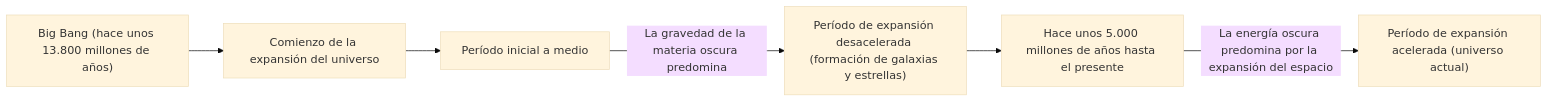
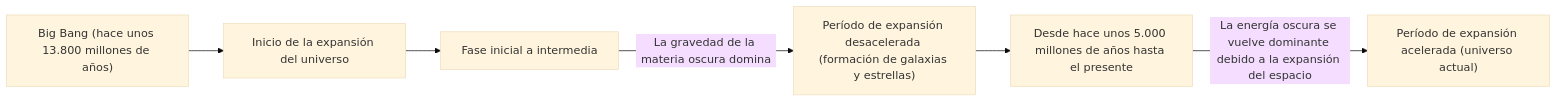
One commit to kenjinote/blog changed the second of 2 diagrams in content/post/dark-matter-dark-energy-mysteries/index.es.md. Above: the diagram before and after it, drawn with Mermaid (base theme). The commit also changed other lines of this file and 12 other files, not shown here.

````diff
--- a/content/post/dark-matter-dark-energy-mysteries/index.es.md
+++ b/content/post/dark-matter-dark-energy-mysteries/index.es.md
@@ -83,8 +89,8 @@
 ```mermaid
 graph LR
-    A["Big Bang (hace unos 13.800 millones de años)"] --> B["Comienzo de la expansión del universo"]
-    B --> C["Período inicial a medio"]
-    C -->|"La gravedad de la materia oscura predomina"| D["Período de expansión desacelerada (formación de galaxias y estrellas)"]
-    D --> E["Hace unos 5.000 millones de años hasta el presente"]
-    E -->|"La energía oscura predomina por la expansión del espacio"| F["Período de expansión acelerada (universo actual)"]
+    A["Big Bang (hace unos 13.800 millones de años)"] --> B["Inicio de la expansión del universo"]
+    B --> C["Fase inicial a intermedia"]
+    C -- "La gravedad de la materia oscura domina" --> D["Período de expansión desacelerada (formación de galaxias y estrellas)"]
+    D --> E["Desde hace unos 5.000 millones de años hasta el presente"]
+    E -- "La energía oscura se vuelve dominante debido a la expansión del espacio" --> F["Período de expansión acelerada (universo actual)"]
 ```
````
